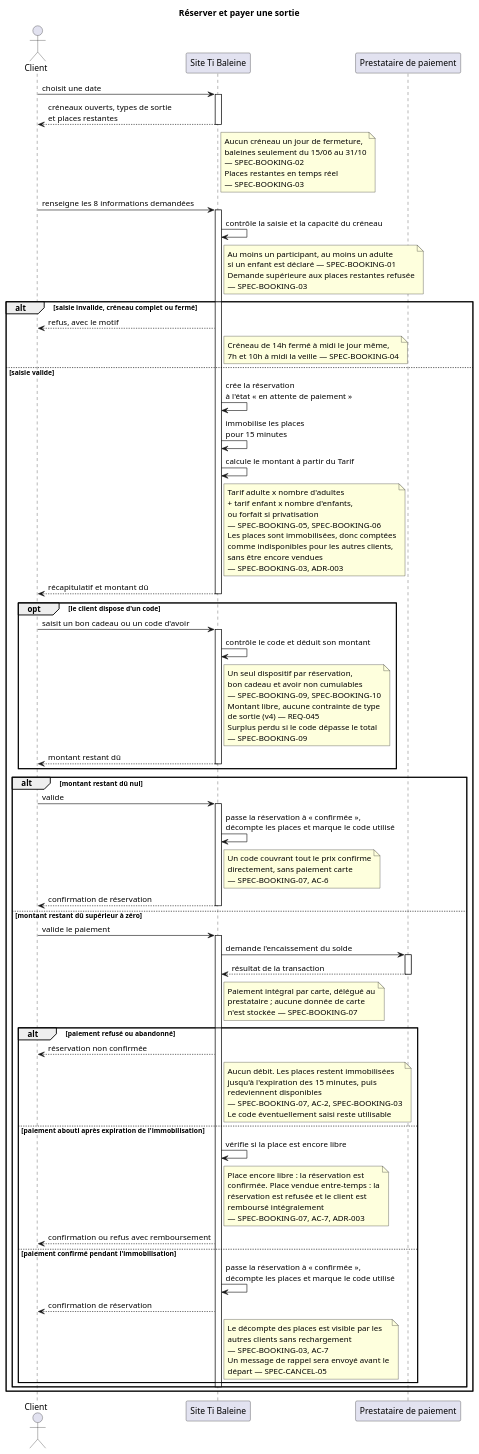
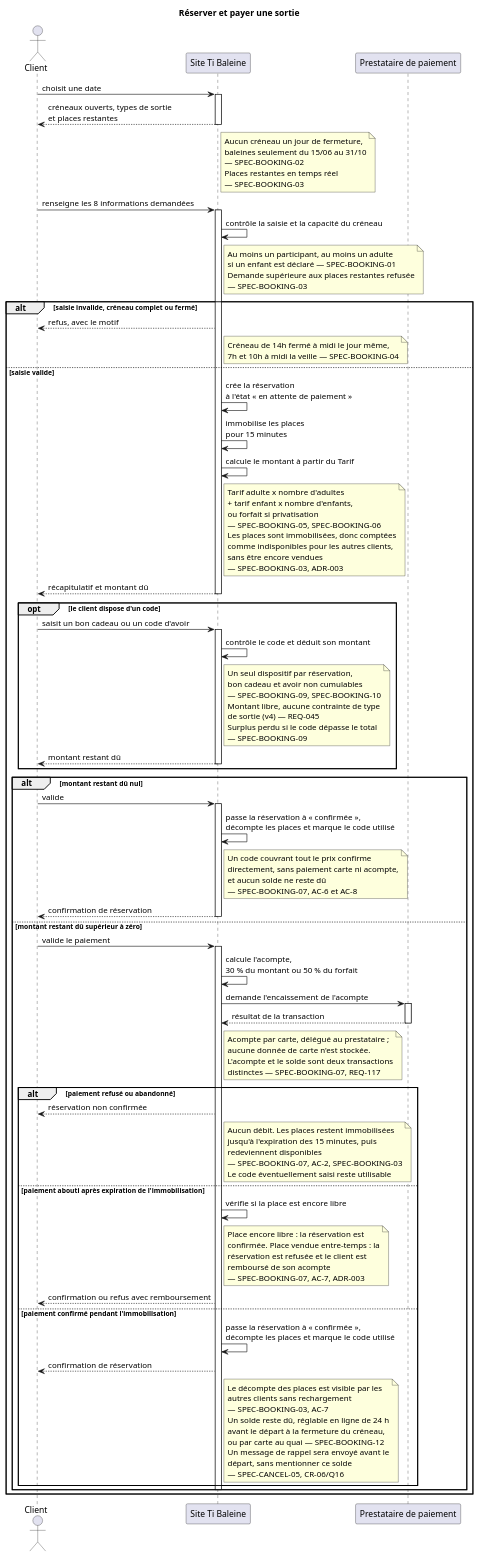
One commit to IamArayel/CDA9-Analyse-et-Conception-d-Applications changed the diagram in docs/uml/sequences/reserver-payer-sortie.puml. Above: the diagram before and after it, drawn with PlantUML.

Commit message:
design(uml): la séquence de réservation encaisse un acompte

```diff
--- a/docs/uml/sequences/reserver-payer-sortie.puml
+++ b/docs/uml/sequences/reserver-payer-sortie.puml
@@ -1,140 +1,150 @@
 @startuml reserver-payer-sortie
 ' Séquence — Réserver et payer une sortie (UC2, UC1, UC3, UC11)
 ' Vocabulaire client (cf. cahier-des-charges.md §13 Glossaire).
-' Réalise SPEC-BOOKING-01 à 04, 06, 07, 09, 10.
+' Réalise SPEC-BOOKING-01 à 04, 06, 07, 09, 10, 12.
+' v2, 2026-08-19 : le client verse un acompte et non la totalité (CR-06).
+' Le règlement du solde n'est pas dessiné ici : il a lieu plus tard, hors de
+' ce parcours, et relève de SPEC-BOOKING-12.
 ' Les places sont immobilisées 15 minutes dès la validation du formulaire
 ' (ADR-003) : le second client sur la dernière place est refusé avant de
 ' saisir sa carte, et non après avoir payé.
 ' Le gérant n'intervient à aucun moment : le site est l'unique point
 ' d'entrée d'une nouvelle réservation (REQ-036).
 
 title Réserver et payer une sortie
 
 actor "Client" as Client
 participant "Site Ti Baleine" as Site
 participant "Prestataire de paiement" as Paiement
 
 Client -> Site : choisit une date
 activate Site
 Site --> Client : créneaux ouverts, types de sortie\net places restantes
 note right of Site
   Aucun créneau un jour de fermeture,
   baleines seulement du 15/06 au 31/10
   — SPEC-BOOKING-02
   Places restantes en temps réel
   — SPEC-BOOKING-03
 end note
 deactivate Site
 
 Client -> Site : renseigne les 8 informations demandées
 activate Site
 Site -> Site : contrôle la saisie et la capacité du créneau
 note right of Site
   Au moins un participant, au moins un adulte
   si un enfant est déclaré — SPEC-BOOKING-01
   Demande supérieure aux places restantes refusée
   — SPEC-BOOKING-03
 end note
 
 alt saisie invalide, créneau complet ou fermé
   Site --> Client : refus, avec le motif
   note right of Site
     Créneau de 14h fermé à midi le jour même,
     7h et 10h à midi la veille — SPEC-BOOKING-04
   end note
 else saisie valide
   Site -> Site : crée la réservation\nà l'état « en attente de paiement »
   Site -> Site : immobilise les places\npour 15 minutes
   Site -> Site : calcule le montant à partir du Tarif
   note right of Site
     Tarif adulte x nombre d'adultes
     + tarif enfant x nombre d'enfants,
     ou forfait si privatisation
     — SPEC-BOOKING-05, SPEC-BOOKING-06
     Les places sont immobilisées, donc comptées
     comme indisponibles pour les autres clients,
     sans être encore vendues
     — SPEC-BOOKING-03, ADR-003
   end note
   Site --> Client : récapitulatif et montant dû
   deactivate Site
 
   opt le client dispose d'un code
     Client -> Site : saisit un bon cadeau ou un code d'avoir
     activate Site
     Site -> Site : contrôle le code et déduit son montant
     note right of Site
       Un seul dispositif par réservation,
       bon cadeau et avoir non cumulables
       — SPEC-BOOKING-09, SPEC-BOOKING-10
       Montant libre, aucune contrainte de type
       de sortie (v4) — REQ-045
       Surplus perdu si le code dépasse le total
       — SPEC-BOOKING-09
     end note
     Site --> Client : montant restant dû
     deactivate Site
   end
 
   alt montant restant dû nul
     Client -> Site : valide
     activate Site
     Site -> Site : passe la réservation à « confirmée »,\ndécompte les places et marque le code utilisé
     note right of Site
       Un code couvrant tout le prix confirme
-      directement, sans paiement carte
-      — SPEC-BOOKING-07, AC-6
+      directement, sans paiement carte ni acompte,
+      et aucun solde ne reste dû
+      — SPEC-BOOKING-07, AC-6 et AC-8
     end note
     Site --> Client : confirmation de réservation
     deactivate Site
 
   else montant restant dû supérieur à zéro
     Client -> Site : valide le paiement
     activate Site
-    Site -> Paiement : demande l'encaissement du solde
+    Site -> Site : calcule l'acompte,\n30 % du montant ou 50 % du forfait
+    Site -> Paiement : demande l'encaissement de l'acompte
     activate Paiement
     Paiement --> Site : résultat de la transaction
     deactivate Paiement
     note right of Site
-      Paiement intégral par carte, délégué au
-      prestataire ; aucune donnée de carte
-      n'est stockée — SPEC-BOOKING-07
+      Acompte par carte, délégué au prestataire ;
+      aucune donnée de carte n'est stockée.
+      L'acompte et le solde sont deux transactions
+      distinctes — SPEC-BOOKING-07, REQ-117
     end note
 
     alt paiement refusé ou abandonné
       Site --> Client : réservation non confirmée
       note right of Site
         Aucun débit. Les places restent immobilisées
         jusqu'à l'expiration des 15 minutes, puis
         redeviennent disponibles
         — SPEC-BOOKING-07, AC-2, SPEC-BOOKING-03
         Le code éventuellement saisi reste utilisable
       end note
 
     else paiement abouti après expiration de l'immobilisation
       Site -> Site : vérifie si la place est encore libre
       note right of Site
         Place encore libre : la réservation est
         confirmée. Place vendue entre-temps : la
         réservation est refusée et le client est
-        remboursé intégralement
+        remboursé de son acompte
         — SPEC-BOOKING-07, AC-7, ADR-003
       end note
       Site --> Client : confirmation ou refus avec remboursement
 
     else paiement confirmé pendant l'immobilisation
       Site -> Site : passe la réservation à « confirmée »,\ndécompte les places et marque le code utilisé
       Site --> Client : confirmation de réservation
       note right of Site
         Le décompte des places est visible par les
         autres clients sans rechargement
         — SPEC-BOOKING-03, AC-7
+        Un solde reste dû, réglable en ligne de 24 h
+        avant le départ à la fermeture du créneau,
+        ou par carte au quai — SPEC-BOOKING-12
         Un message de rappel sera envoyé avant le
-        départ — SPEC-CANCEL-05
+        départ, sans mentionner ce solde
+        — SPEC-CANCEL-05, CR-06/Q16
       end note
     end
     deactivate Site
   end
 end
 
 @enduml
```
